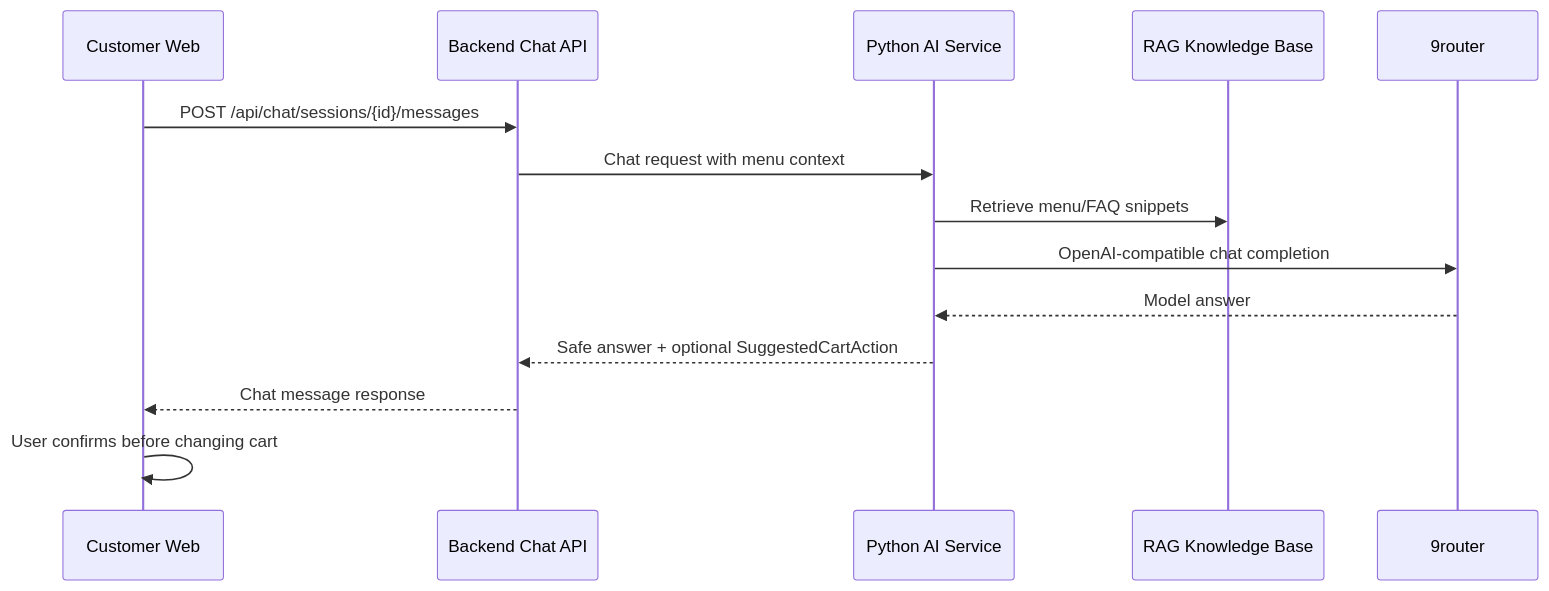
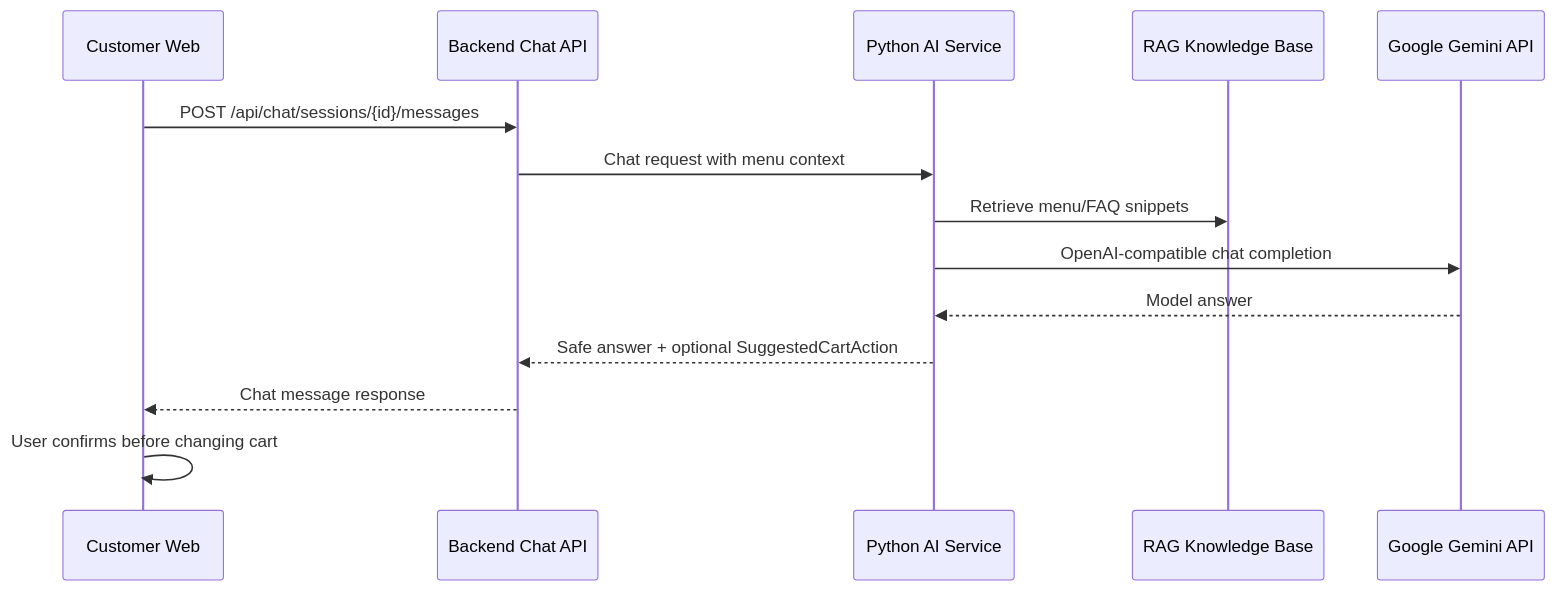
One commit to Anpham120/restaurant-qr-ai-ordering changed the sixth of 13 diagrams in docs/BA_SA_SYSTEM_DESIGN.md. Above: the diagram before and after it, drawn with Mermaid. The commit also changed other lines of this file and 16 other files, not shown here.

````diff
--- a/docs/BA_SA_SYSTEM_DESIGN.md
+++ b/docs/BA_SA_SYSTEM_DESIGN.md
@@ -192,17 +192,17 @@
 ```mermaid
 sequenceDiagram
     participant C as Customer Web
     participant API as Backend Chat API
     participant AIS as Python AI Service
     participant KB as RAG Knowledge Base
-    participant R as 9router
+    participant R as Google Gemini API
 
     C->>API: POST /api/chat/sessions/{id}/messages
     API->>AIS: Chat request with menu context
     AIS->>KB: Retrieve menu/FAQ snippets
     AIS->>R: OpenAI-compatible chat completion
     R-->>AIS: Model answer
     AIS-->>API: Safe answer + optional SuggestedCartAction
     API-->>C: Chat message response
     C->>C: User confirms before changing cart
 ```
````
